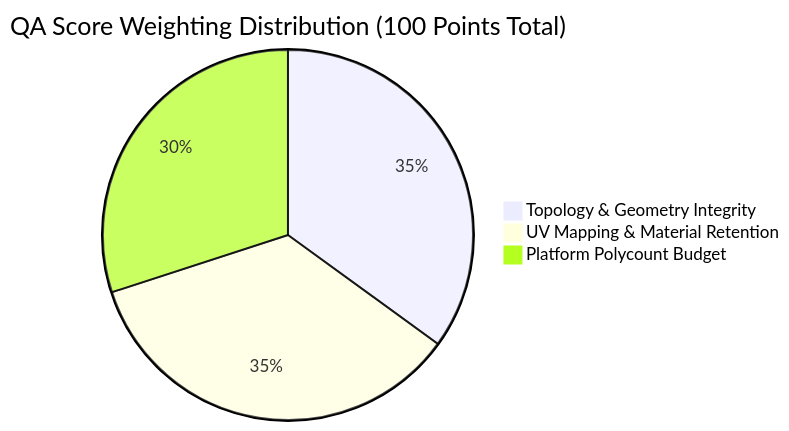
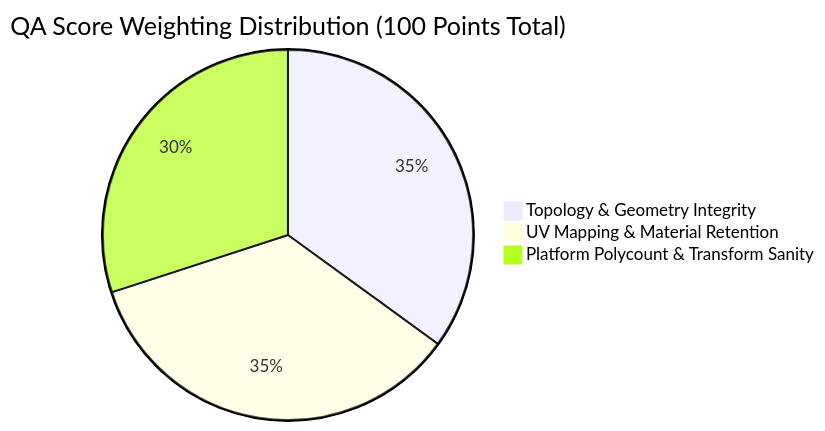
One commit to Silentzx2/AI_Studio changed the fourth of 4 diagrams in README.md. Above: the diagram before and after it, drawn with Mermaid. The commit also changed other lines of this file and 19 other files, not shown here.

````diff
--- a/README.md
+++ b/README.md
@@ -250,6 +250,6 @@
 ```mermaid
 pie title QA Score Weighting Distribution (100 Points Total)
     "Topology & Geometry Integrity" : 35
     "UV Mapping & Material Retention" : 35
-    "Platform Polycount Budget" : 30
+    "Platform Polycount & Transform Sanity" : 30
 ```
````
